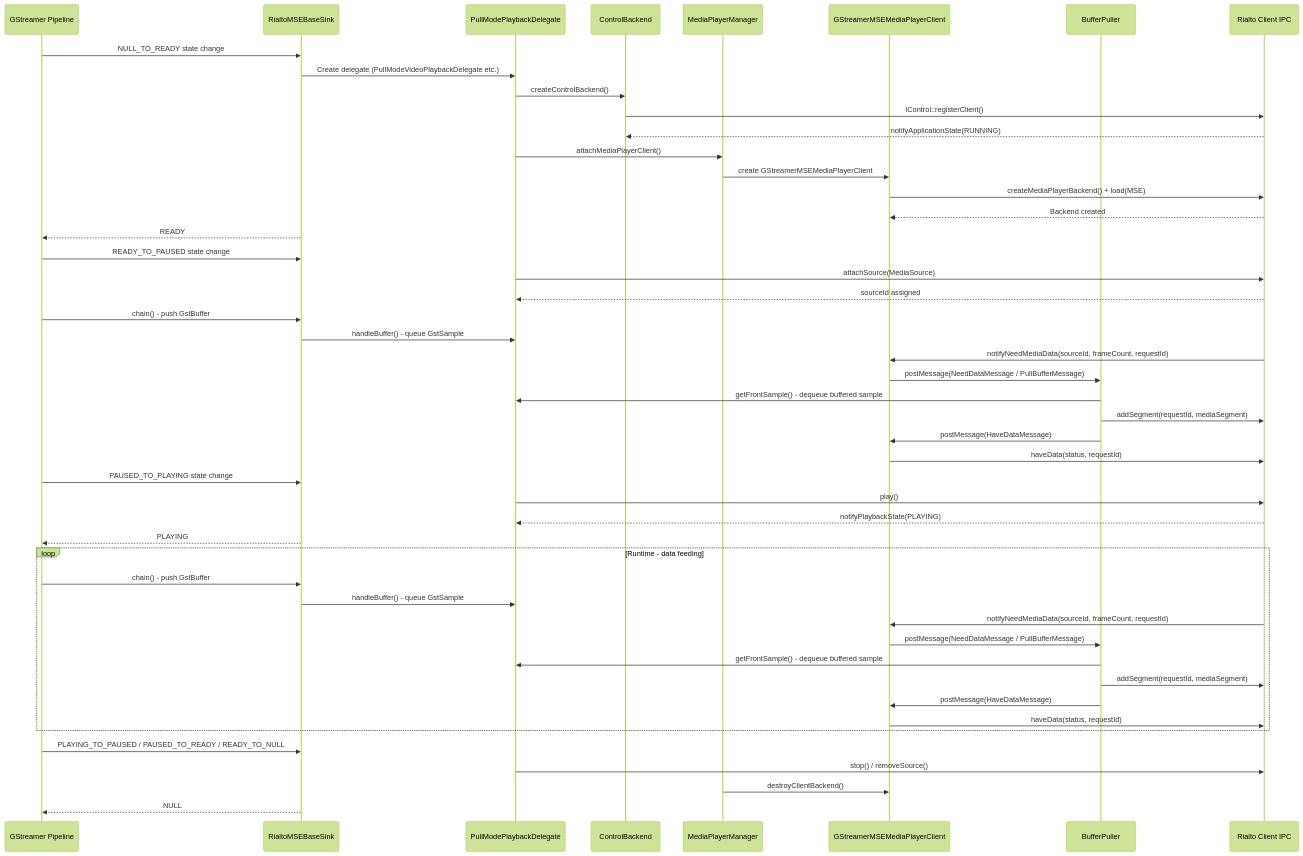
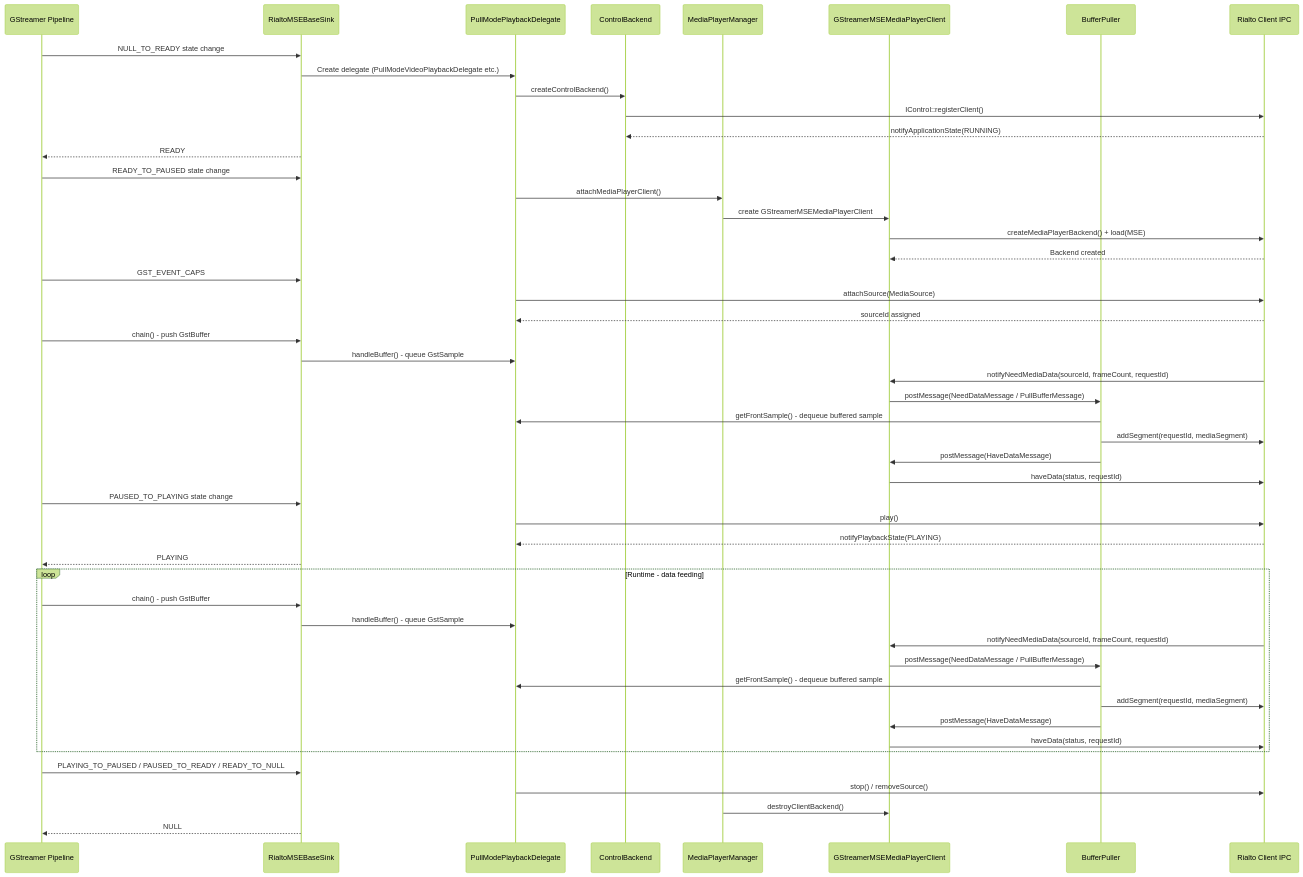
The third of 7 diagrams in docs/README.md (rdkcentral/rialto-gstreamer), drawn with Mermaid (forest theme) before and after one commit. The commit also changed other lines of this file, not shown here.

````diff
--- a/docs/README.md
+++ b/docs/README.md
@@ -163,55 +163,56 @@
 ```mermaid
 sequenceDiagram
     participant GSTPipeline as GStreamer Pipeline
     participant Sink as RialtoMSEBaseSink
     participant Delegate as PullModePlaybackDelegate
     participant CtrlBackend as ControlBackend
     participant MPMgr as MediaPlayerManager
     participant MPClient as GStreamerMSEMediaPlayerClient
     participant BufPuller as BufferPuller
     participant RialtoClient as Rialto Client IPC
 
     GSTPipeline->>Sink: NULL_TO_READY state change
     Sink->>Delegate: Create delegate (PullModeVideoPlaybackDelegate etc.)
     Delegate->>CtrlBackend: createControlBackend()
     CtrlBackend->>RialtoClient: IControl::registerClient()
     RialtoClient-->>CtrlBackend: notifyApplicationState(RUNNING)
+    Sink-->>GSTPipeline: READY
+
+    GSTPipeline->>Sink: READY_TO_PAUSED state change
     Delegate->>MPMgr: attachMediaPlayerClient()
     MPMgr->>MPClient: create GStreamerMSEMediaPlayerClient
     MPClient->>RialtoClient: createMediaPlayerBackend() + load(MSE)
     RialtoClient-->>MPClient: Backend created
-    Sink-->>GSTPipeline: READY
-
-    GSTPipeline->>Sink: READY_TO_PAUSED state change
+    GSTPipeline->>Sink: GST_EVENT_CAPS
     Delegate->>RialtoClient: attachSource(MediaSource)
     RialtoClient-->>Delegate: sourceId assigned
     GSTPipeline->>Sink: chain() - push GstBuffer
     Sink->>Delegate: handleBuffer() - queue GstSample
     RialtoClient->>MPClient: notifyNeedMediaData(sourceId, frameCount, requestId)
     MPClient->>BufPuller: postMessage(NeedDataMessage / PullBufferMessage)
     BufPuller->>Delegate: getFrontSample() - dequeue buffered sample
     BufPuller->>RialtoClient: addSegment(requestId, mediaSegment)
     BufPuller->>MPClient: postMessage(HaveDataMessage)
     MPClient->>RialtoClient: haveData(status, requestId)
 
     GSTPipeline->>Sink: PAUSED_TO_PLAYING state change
     Delegate->>RialtoClient: play()
     RialtoClient-->>Delegate: notifyPlaybackState(PLAYING)
     Sink-->>GSTPipeline: PLAYING
 
     loop Runtime - data feeding
         GSTPipeline->>Sink: chain() - push GstBuffer
         Sink->>Delegate: handleBuffer() - queue GstSample
         RialtoClient->>MPClient: notifyNeedMediaData(sourceId, frameCount, requestId)
         MPClient->>BufPuller: postMessage(NeedDataMessage / PullBufferMessage)
         BufPuller->>Delegate: getFrontSample() - dequeue buffered sample
         BufPuller->>RialtoClient: addSegment(requestId, mediaSegment)
         BufPuller->>MPClient: postMessage(HaveDataMessage)
         MPClient->>RialtoClient: haveData(status, requestId)
     end
 
     GSTPipeline->>Sink: PLAYING_TO_PAUSED / PAUSED_TO_READY / READY_TO_NULL
     Delegate->>RialtoClient: stop() / removeSource()
     MPMgr->>MPClient: destroyClientBackend()
     Sink-->>GSTPipeline: NULL
 ```
````
